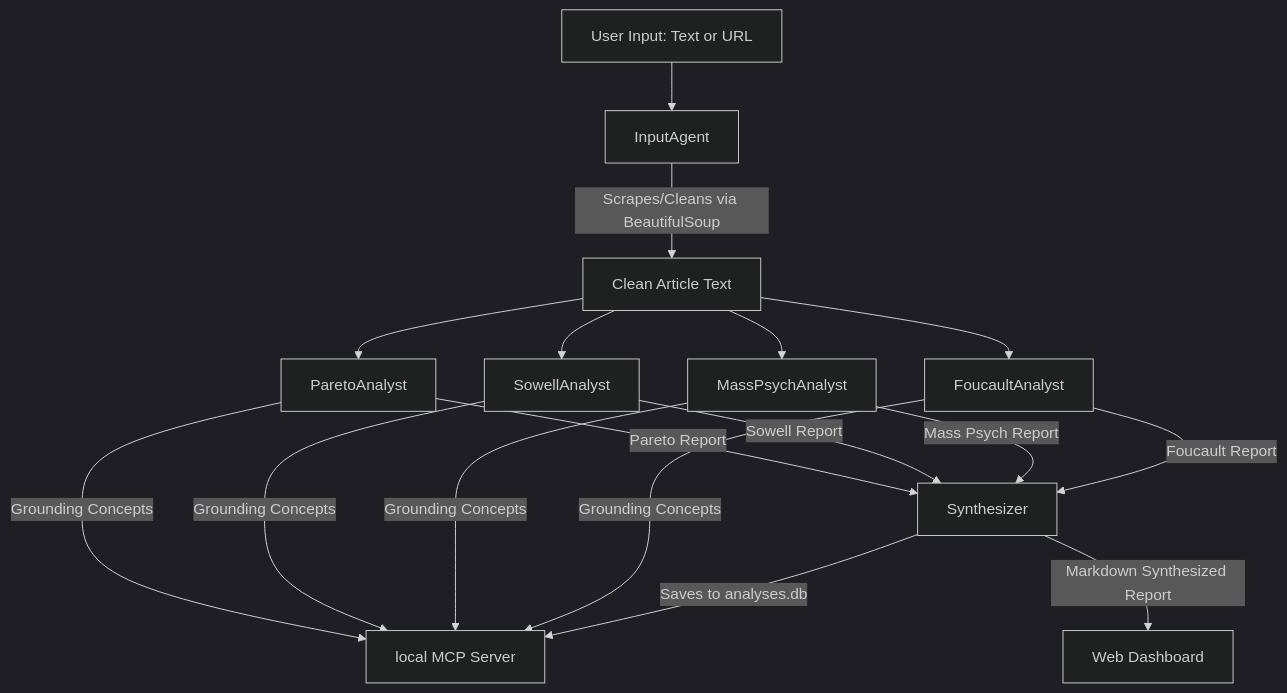
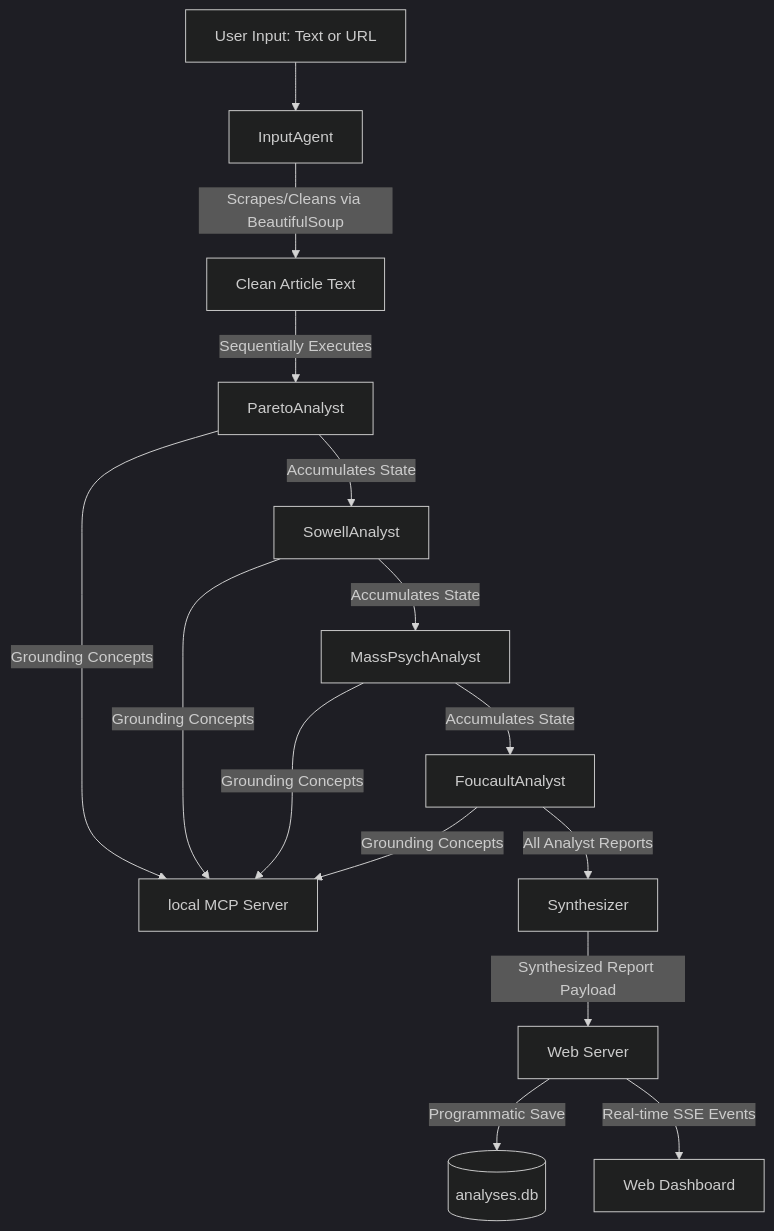
Before and after one commit to jtndr99/political-discourse-analyzer: the diagram in README.md, drawn with Mermaid (dark theme). The commit also changed other lines of this file and 4 other files, not shown here.

````diff
--- a/README.md
+++ b/README.md
@@ -25,20 +28,18 @@
 ```mermaid
 graph TD
     A[User Input: Text or URL] --> B[InputAgent]
     B -->|Scrapes/Cleans via BeautifulSoup| C[Clean Article Text]
     
-    C --> D[ParetoAnalyst]
-    C --> E[SowellAnalyst]
-    C --> F[MassPsychAnalyst]
-    C --> G[FoucaultAnalyst]
+    C -->|Sequentially Executes| D[ParetoAnalyst]
+    D -->|Accumulates State| E[SowellAnalyst]
+    E -->|Accumulates State| F[MassPsychAnalyst]
+    F -->|Accumulates State| G[FoucaultAnalyst]
     
     D & E & F & G -->|Grounding Concepts| MCP[local MCP Server]
     
-    D -->|Pareto Report| H[Synthesizer]
-    E -->|Sowell Report| H
-    F -->|Mass Psych Report| H
-    G -->|Foucault Report| H
+    G -->|All Analyst Reports| H[Synthesizer]
     
-    H -->|Saves to analyses.db| MCP
-    H -->|Markdown Synthesized Report| I[Web Dashboard]
+    H -->|Synthesized Report Payload| WS[Web Server]
+    WS -->|Programmatic Save| DB[(analyses.db)]
+    WS -->|Real-time SSE Events| I[Web Dashboard]
 ```
````
